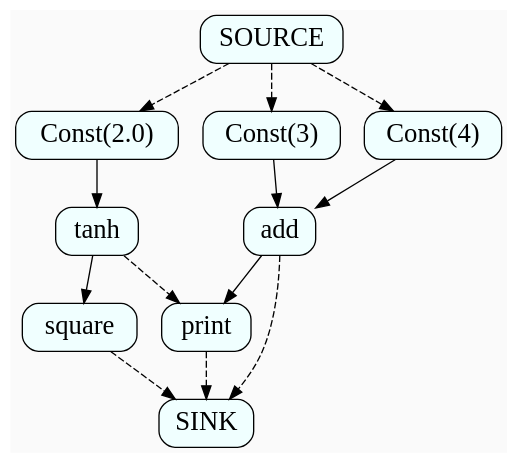
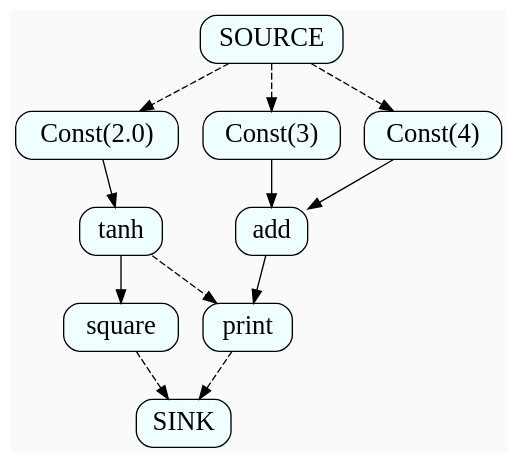
The diagram in tensorflow-primer.dot (sanjoy/auto-clustering-presentation), drawn with Graphviz before and after one commit. The commit also changed 5 other files, not shown here.

```diff
--- a/tensorflow-primer.dot
+++ b/tensorflow-primer.dot
@@ -1,18 +1,17 @@
 digraph {
   graph[bgcolor=gray98]
   node[fontsize=20,shape=box,fillcolor=azure, style="filled,rounded"]
 
   SOURCE -> "Const(2.0)"[style=dashed]
   SOURCE -> "Const(3)"[style=dashed]
   SOURCE -> "Const(4)"[style=dashed]
 
   "Const(2.0)" -> tanh
   tanh -> square
   tanh -> print[style=dashed]
   square -> SINK[style=dashed]
   print -> SINK[style=dashed]
-  add -> SINK[style=dashed]
   add -> print
   "Const(3)" -> add
   "Const(4)" -> add
 }
```
